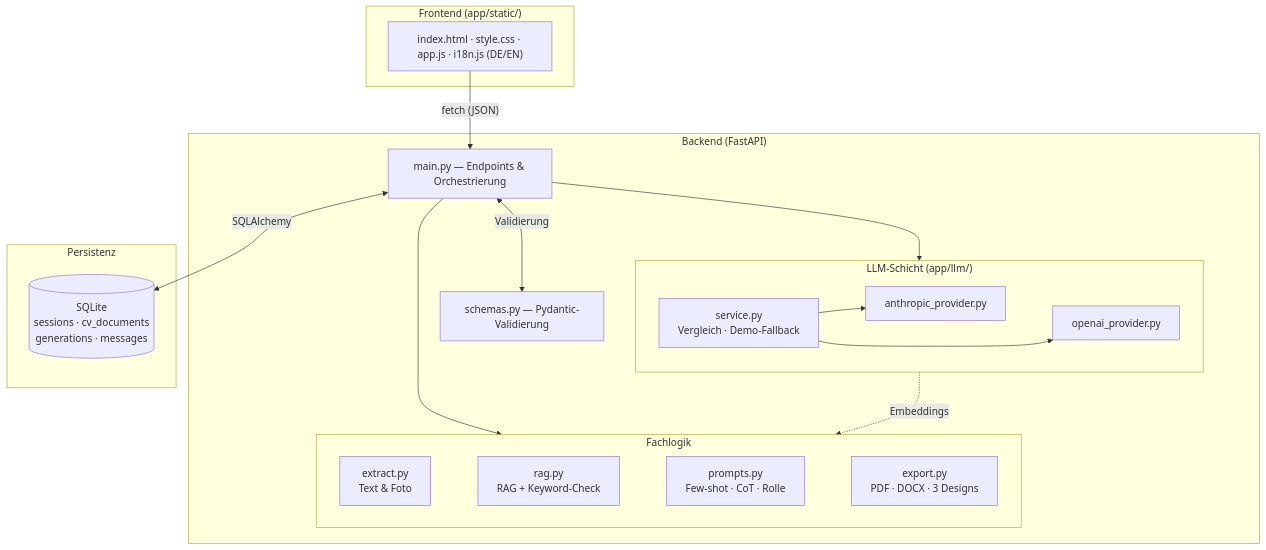
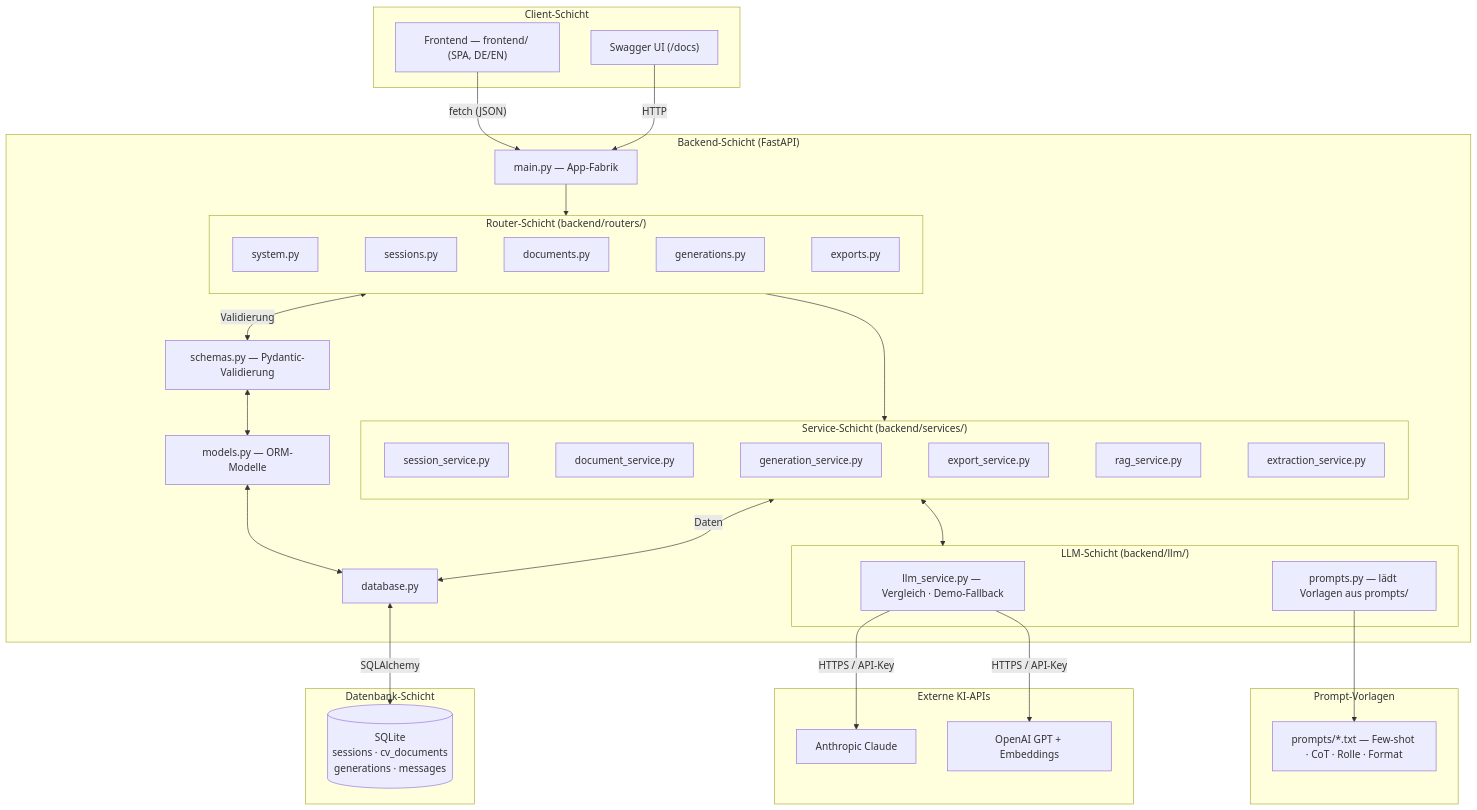
Before and after one commit to Kastriottafolli/Lebenslauf-Boost-AI: the diagram in README.md, drawn with Mermaid. The commit also changed other lines of this file and 123 other files, not shown here.

First line of the commit message:
Großes Update: Neue Architektur, Sapphire-Design, Boosti-Tour & 6 Export-Designs

````diff
--- a/README.md
+++ b/README.md
@@ -170,43 +193,75 @@
 ```mermaid
 graph TB
-    subgraph Client["Frontend (app/static/)"]
-        UI["index.html · style.css · app.js · i18n.js (DE/EN)"]
+    subgraph Client["Client-Schicht"]
+        UI["Frontend — frontend/ (SPA, DE/EN)"]
+        Swagger["Swagger UI (/docs)"]
     end
 
-    subgraph Backend["Backend (FastAPI)"]
-        EP["main.py — Endpoints & Orchestrierung"]
-        SCH["schemas.py — Pydantic-Validierung"]
+    subgraph Backend["Backend-Schicht (FastAPI)"]
+        Main["main.py — App-Fabrik"]
+        Schemas["schemas.py — Pydantic-Validierung"]
+        Models["models.py — ORM-Modelle"]
+        Database["database.py"]
 
-        subgraph Services["Fachlogik"]
+        subgraph Routers["Router-Schicht (backend/routers/)"]
             direction LR
-            EX["extract.py<br/>Text & Foto"]
-            RAG["rag.py<br/>RAG + Keyword-Check"]
-            PR["prompts.py<br/>Few-shot · CoT · Rolle"]
-            EXP["export.py<br/>PDF · DOCX · 3 Designs"]
-            EX ~~~ RAG
-            RAG ~~~ PR
-            PR ~~~ EXP
+            R1["system.py"]
+            R2["sessions.py"]
+            R3["documents.py"]
+            R4["generations.py"]
+            R5["exports.py"]
+            R1 ~~~ R2
+            R2 ~~~ R3
+            R3 ~~~ R4
+            R4 ~~~ R5
         end
 
-        subgraph LLM["LLM-Schicht (app/llm/)"]
+        subgraph Services["Service-Schicht (backend/services/)"]
             direction LR
-            SVC["service.py<br/>Vergleich · Demo-Fallback"]
-            CL["anthropic_provider.py"]
-            OA["openai_provider.py"]
-            SVC ~~~ CL
-            CL ~~~ OA
+            S1["session_service.py"]
+            S2["document_service.py"]
+            S3["generation_service.py"]
+            S4["export_service.py"]
+            S5["rag_service.py"]
+            S6["extraction_service.py"]
+            S1 ~~~ S2
+            S2 ~~~ S3
+            S3 ~~~ S4
+            S4 ~~~ S5
+            S5 ~~~ S6
         end
+
+        subgraph LLM["LLM-Schicht (backend/llm/)"]
+            LSVC["llm_service.py — Vergleich · Demo-Fallback"]
+            PR["prompts.py — lädt Vorlagen aus prompts/"]
+        end
+
+        Main --> Routers
+        Routers <-->|Validierung| Schemas
+        Routers --> Services
+        Services <--> LLM
+        Services <-->|Daten| Database
+        Schemas <--> Models
+        Models <--> Database
     end
 
-    subgraph DB["Persistenz"]
+    subgraph Vorlagen["Prompt-Vorlagen"]
+        PT["prompts/*.txt — Few-shot · CoT · Rolle · Format"]
+    end
+
+    subgraph DB["Datenbank-Schicht"]
         SQLITE[("SQLite<br/>sessions · cv_documents<br/>generations · messages")]
     end
 
-    UI -->|"fetch (JSON)"| EP
-    EP <-->|Validierung| SCH
-    EP --> Services
-    EP --> SVC
-    SVC --> CL & OA
-    OA -.->|Embeddings| RAG
-    EP <-->|SQLAlchemy| SQLITE
+    subgraph AI["Externe KI-APIs"]
+        CL["Anthropic Claude"]
+        OA["OpenAI GPT + Embeddings"]
+    end
+
+    UI -->|"fetch (JSON)"| Main
+    Swagger -->|HTTP| Main
+    PR --> PT
+    LSVC -->|HTTPS / API-Key| CL
+    LSVC -->|HTTPS / API-Key| OA
+    Database <-->|SQLAlchemy| SQLITE
 ```
````
